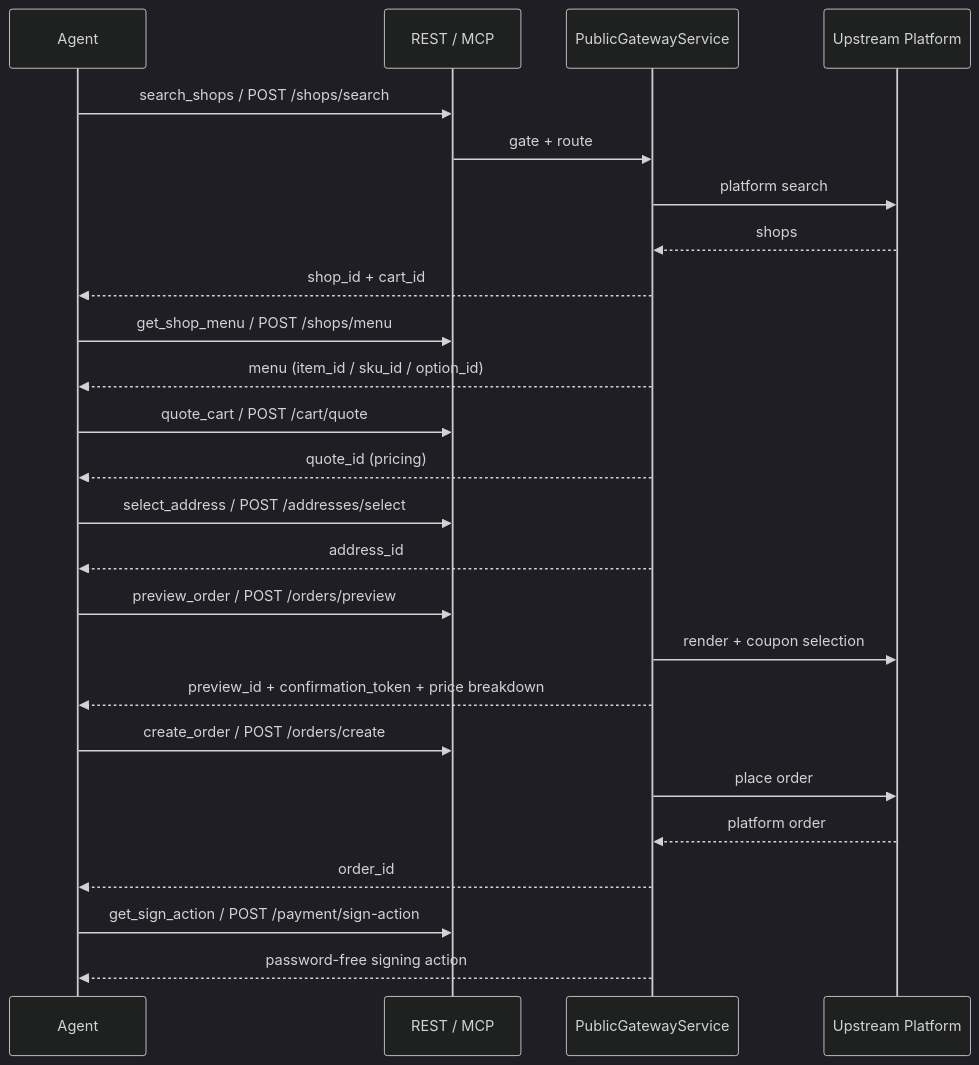
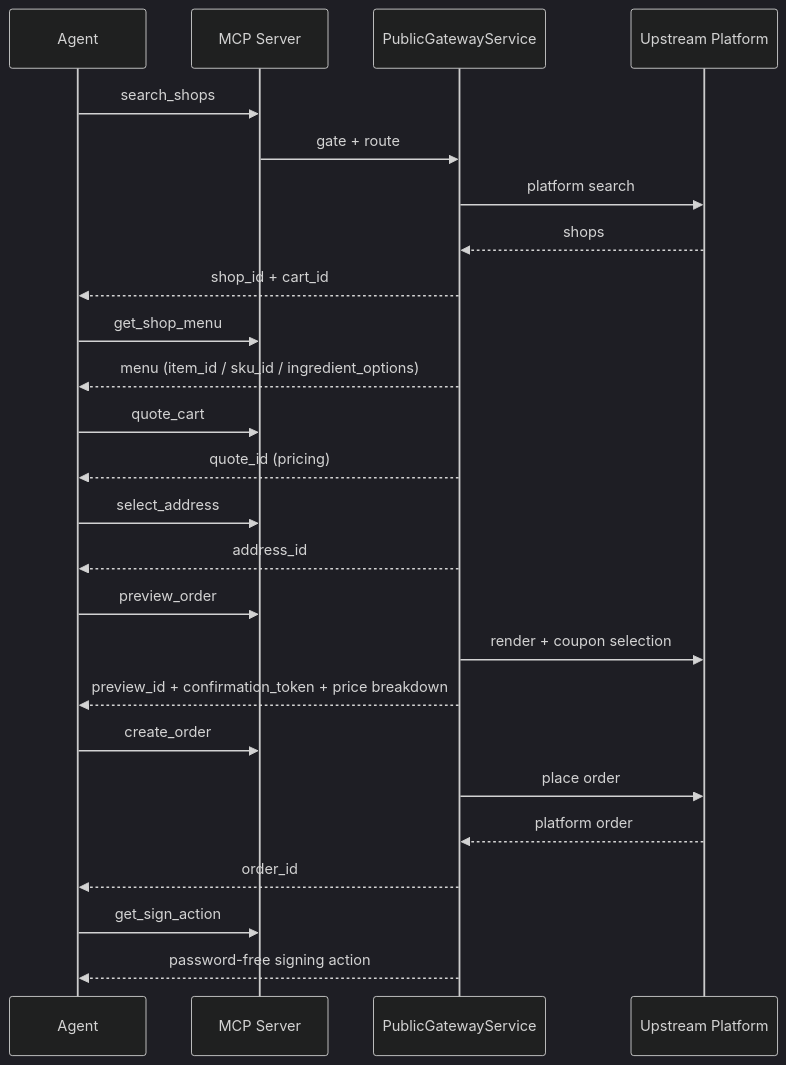
One commit to clawdot/docs changed the third of 3 diagrams in en/gateway/architecture.mdx. Above: the diagram before and after it, drawn with Mermaid (dark theme). The commit also changed other lines of this file and 67 other files, not shown here.

First line of the commit message:
docs: 正文改写为 MCP-first + 补 MCP 时序图（Phase 2）

````diff
--- a/en/gateway/architecture.mdx
+++ b/en/gateway/architecture.mdx
@@ -131,34 +116,34 @@
 ```mermaid
 sequenceDiagram
   participant Agent
-  participant GW as REST / MCP
+  participant GW as MCP Server
   participant Svc as PublicGatewayService
   participant Up as Upstream Platform
 
-  Agent->>GW: search_shops / POST /shops/search
+  Agent->>GW: search_shops
   GW->>Svc: gate + route
   Svc->>Up: platform search
   Up-->>Svc: shops
   Svc-->>Agent: shop_id + cart_id
 
-  Agent->>GW: get_shop_menu / POST /shops/menu
-  Svc-->>Agent: menu (item_id / sku_id / option_id)
+  Agent->>GW: get_shop_menu
+  Svc-->>Agent: menu (item_id / sku_id / ingredient_options)
 
-  Agent->>GW: quote_cart / POST /cart/quote
+  Agent->>GW: quote_cart
   Svc-->>Agent: quote_id (pricing)
 
-  Agent->>GW: select_address / POST /addresses/select
+  Agent->>GW: select_address
   Svc-->>Agent: address_id
 
-  Agent->>GW: preview_order / POST /orders/preview
+  Agent->>GW: preview_order
   Svc->>Up: render + coupon selection
   Svc-->>Agent: preview_id + confirmation_token + price breakdown
 
-  Agent->>GW: create_order / POST /orders/create
+  Agent->>GW: create_order
   Svc->>Up: place order
   Up-->>Svc: platform order
   Svc-->>Agent: order_id
 
-  Agent->>GW: get_sign_action / POST /payment/sign-action
+  Agent->>GW: get_sign_action
   Svc-->>Agent: password-free signing action
 ```
````
